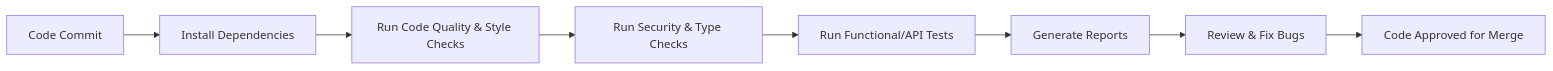
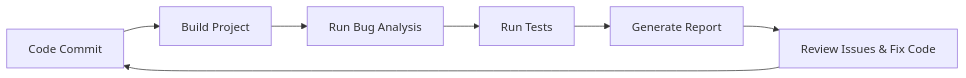
One commit to kawalpreet-kour/MY-DOC changed the diagram in Python CI Checks /Attendance/DOC/README.md. Above: the diagram before and after it, drawn with Mermaid. The commit also changed other lines of this file, not shown here.

````diff
--- a/Python CI Checks /Attendance/DOC/README.md
+++ b/Python CI Checks /Attendance/DOC/README.md
@@ -64,10 +64,9 @@
 ```mermaid
 flowchart LR
-A[Code Commit] --> B[Install Dependencies]
-B --> C[Run Code Quality & Style Checks]
-C --> D[Run Security & Type Checks]
-D --> E[Run Functional/API Tests]
-E --> F[Generate Reports]
-F --> G[Review & Fix Bugs]
-G --> H[Code Approved for Merge]
+A[Code Commit] --> B[Build Project]
+B --> C[Run Bug Analysis]
+C --> D[Run Tests]
+D --> E[Generate Report]
+E --> F[Review Issues & Fix Code]
+F --> A
 ```
````
